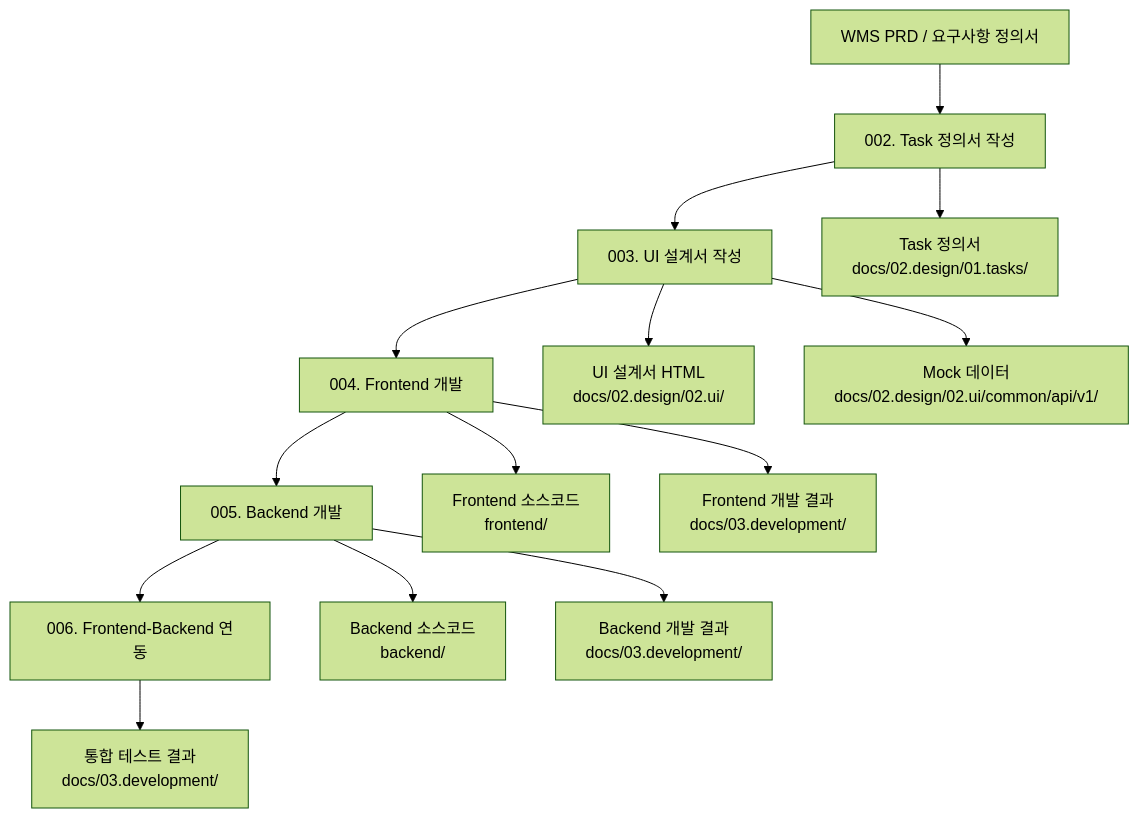
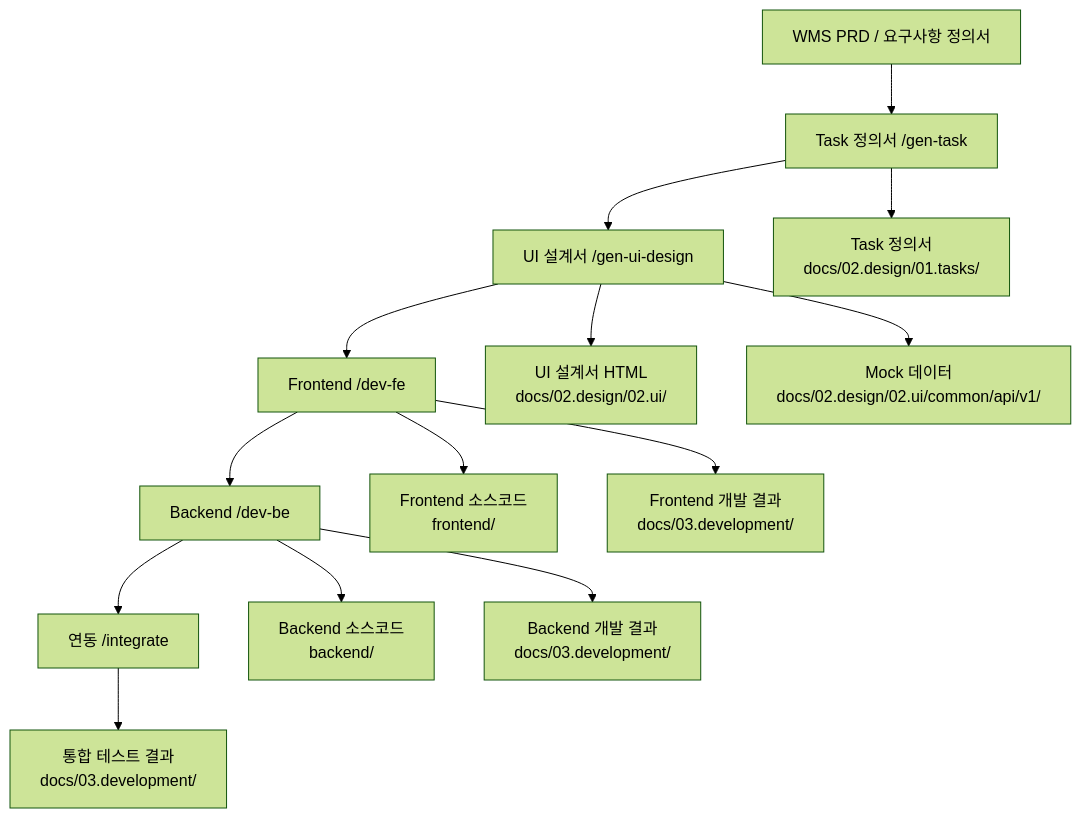
Before and after one commit to skcc-namkihyo/skax-devlab-wms: the diagram in README.md, drawn with Mermaid (forest theme). The commit also changed other lines of this file and 78 other files, not shown here.

````diff
--- a/README.md
+++ b/README.md
@@ -11,17 +11,17 @@
 ```mermaid
 graph TD
-    A[WMS PRD / 요구사항 정의서] --> B[002. Task 정의서 작성]
-    B --> C[003. UI 설계서 작성]
-    C --> D[004. Frontend 개발]
-    D --> E[005. Backend 개발]
-    E --> F[006. Frontend-Backend 연동]
+    A[WMS PRD / 요구사항 정의서] --> B[Task 정의서 /gen-task]
+    B --> C[UI 설계서 /gen-ui-design]
+    C --> D[Frontend /dev-fe]
+    D --> E[Backend /dev-be]
+    E --> F[연동 /integrate]
     
     B --> B1[Task 정의서<br/>docs/02.design/01.tasks/]
     C --> C1[UI 설계서 HTML<br/>docs/02.design/02.ui/]
     C --> C2[Mock 데이터<br/>docs/02.design/02.ui/common/api/v1/]
     D --> D1[Frontend 소스코드<br/>frontend/]
     D --> D2[Frontend 개발 결과<br/>docs/03.development/]
     E --> E1[Backend 소스코드<br/>backend/]
     E --> E2[Backend 개발 결과<br/>docs/03.development/]
     F --> F1[통합 테스트 결과<br/>docs/03.development/]
 ```
````
